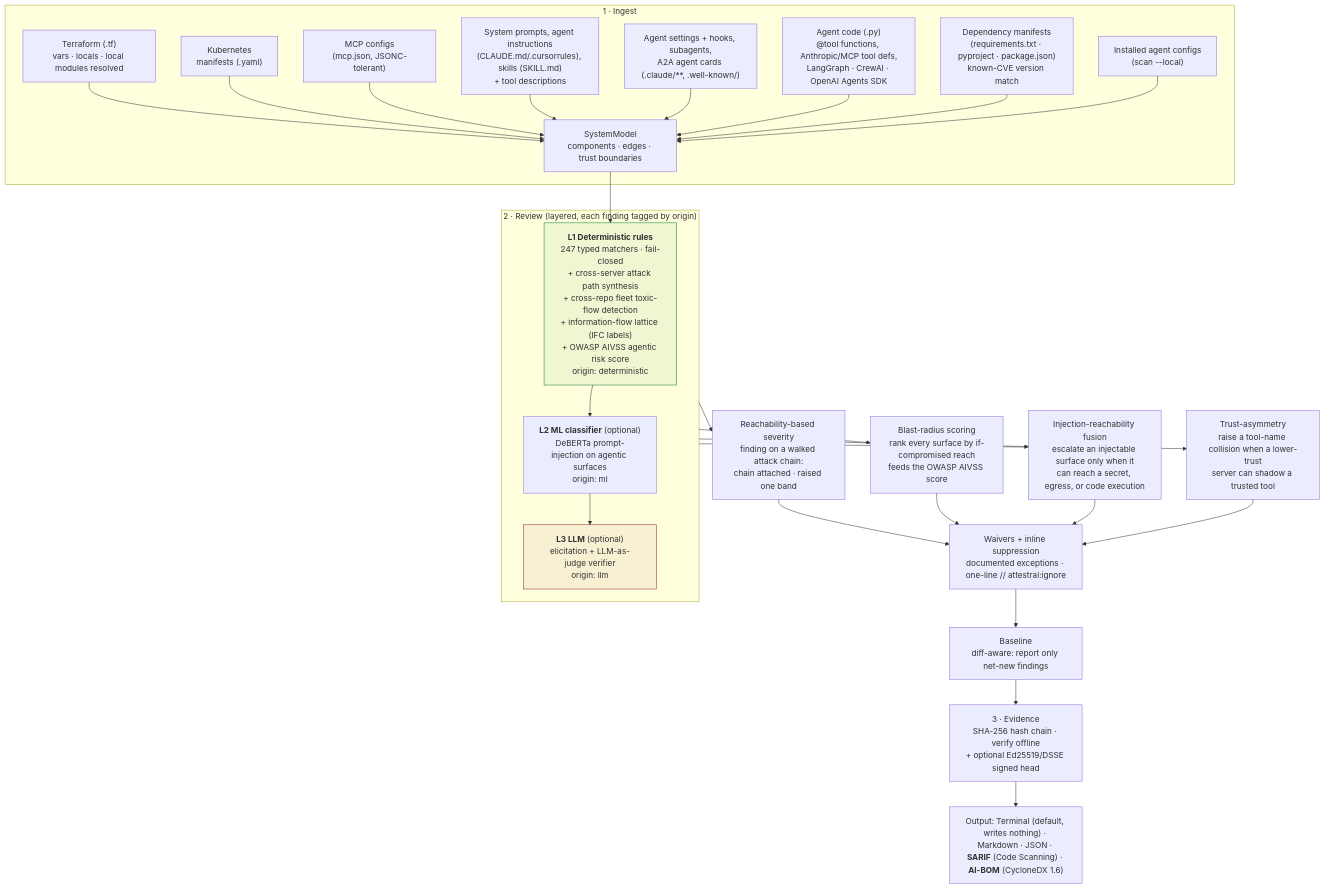
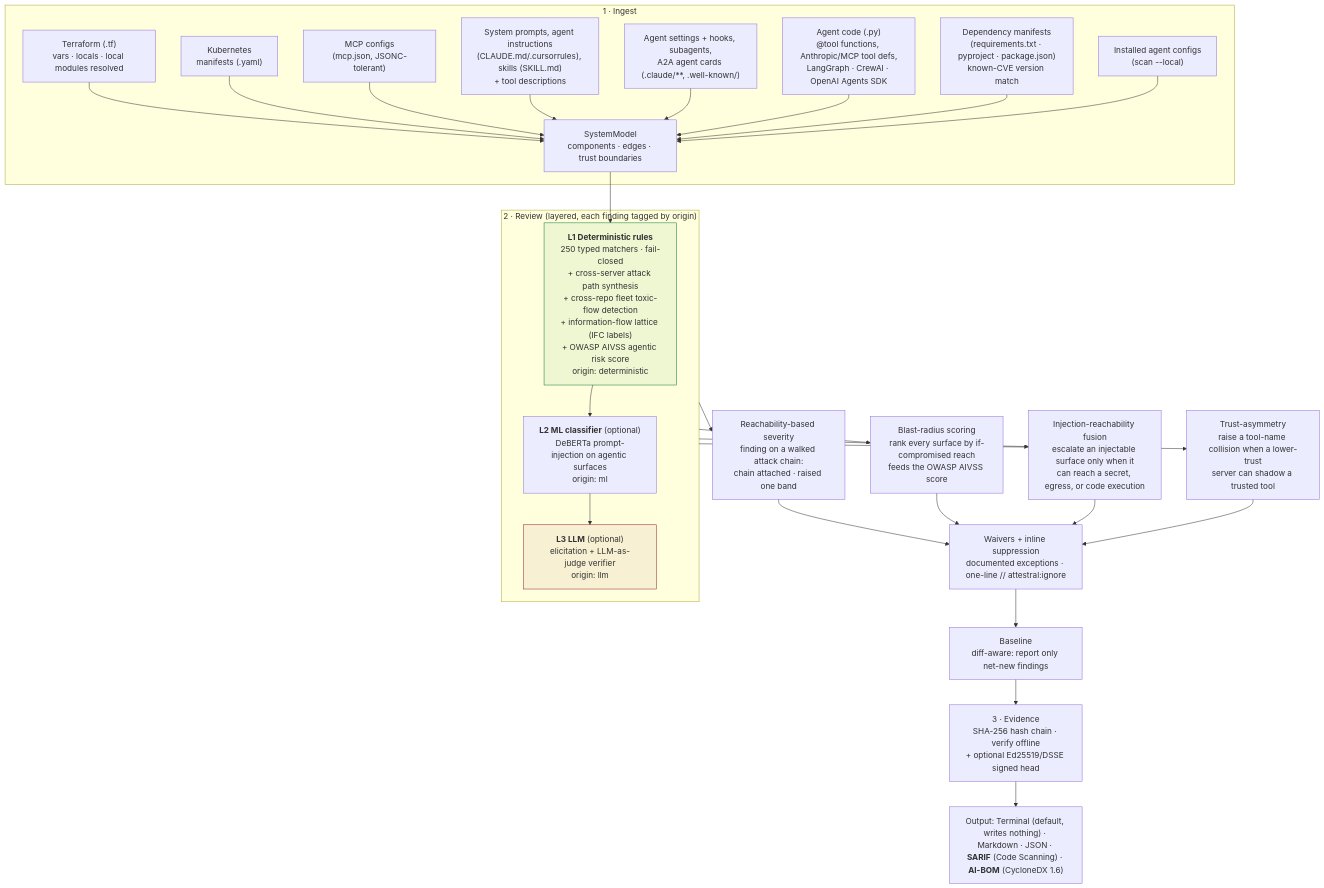
One commit to attestral-labs/attestral changed the first of 4 diagrams in README.md. Above: the diagram before and after it, drawn with Mermaid. The commit also changed other lines of this file and 16 other files, not shown here.

````diff
--- a/README.md
+++ b/README.md
@@ -120,34 +120,34 @@
 ```mermaid
 flowchart TB
     subgraph ING["1 · Ingest"]
         TF["Terraform (.tf)<br/>vars · locals · local modules resolved"] --> M
         K8S["Kubernetes<br/>manifests (.yaml)"] --> M
         MCP["MCP configs<br/>(mcp.json, JSONC-tolerant)"] --> M
         SP["System prompts, agent instructions<br/>(CLAUDE.md/.cursorrules), skills (SKILL.md)<br/>+ tool descriptions"] --> M
         AC["Agent settings + hooks, subagents,<br/>A2A agent cards (.claude/**, .well-known/)"] --> M
         CODE["Agent code (.py)<br/>@tool functions, Anthropic/MCP tool defs,<br/>LangGraph · CrewAI · OpenAI Agents SDK"] --> M
         DEP["Dependency manifests<br/>(requirements.txt · pyproject · package.json)<br/>known-CVE version match"] --> M
         LC["Installed agent configs<br/>(scan --local)"] --> M
         M["SystemModel<br/>components · edges · trust boundaries"]
     end
     M --> L1
     subgraph REV["2 · Review (layered, each finding tagged by origin)"]
-        L1["<b>L1 Deterministic rules</b><br/>247 typed matchers · fail-closed<br/>+ cross-server attack path synthesis<br/>+ cross-repo fleet toxic-flow detection<br/>+ information-flow lattice (IFC labels)<br/>+ OWASP AIVSS agentic risk score<br/>origin: deterministic"]
+        L1["<b>L1 Deterministic rules</b><br/>250 typed matchers · fail-closed<br/>+ cross-server attack path synthesis<br/>+ cross-repo fleet toxic-flow detection<br/>+ information-flow lattice (IFC labels)<br/>+ OWASP AIVSS agentic risk score<br/>origin: deterministic"]
         L2["<b>L2 ML classifier</b> (optional)<br/>DeBERTa prompt-injection on agentic surfaces<br/>origin: ml"]
         L3["<b>L3 LLM</b> (optional)<br/>elicitation + LLM-as-judge verifier<br/>origin: llm"]
         L1 --> L2 --> L3
     end
     REV --> RS["Reachability-based severity<br/>finding on a walked attack chain:<br/>chain attached · raised one band"]
     REV --> BR["Blast-radius scoring<br/>rank every surface by if-compromised reach<br/>feeds the OWASP AIVSS score"]
     REV --> IR["Injection-reachability fusion<br/>escalate an injectable surface only when it<br/>can reach a secret, egress, or code execution"]
     REV --> TA["Trust-asymmetry<br/>raise a tool-name collision when a lower-trust<br/>server can shadow a trusted tool"]
     RS --> W["Waivers + inline suppression<br/>documented exceptions · one-line // attestral:ignore"]
     BR --> W
     IR --> W
     TA --> W
     W --> BL["Baseline<br/>diff-aware: report only net-new findings"]
     BL --> EV["3 · Evidence<br/>SHA-256 hash chain · verify offline<br/>+ optional Ed25519/DSSE signed head"]
     EV --> OUT["Output: Terminal (default, writes nothing) · Markdown · JSON · <b>SARIF</b> (Code Scanning) · <b>AI-BOM</b> (CycloneDX 1.6)"]
     style L1 fill:#0a7d3611,stroke:#0a7d36
     style L3 fill:#96222E11,stroke:#96222E
 ```
````
